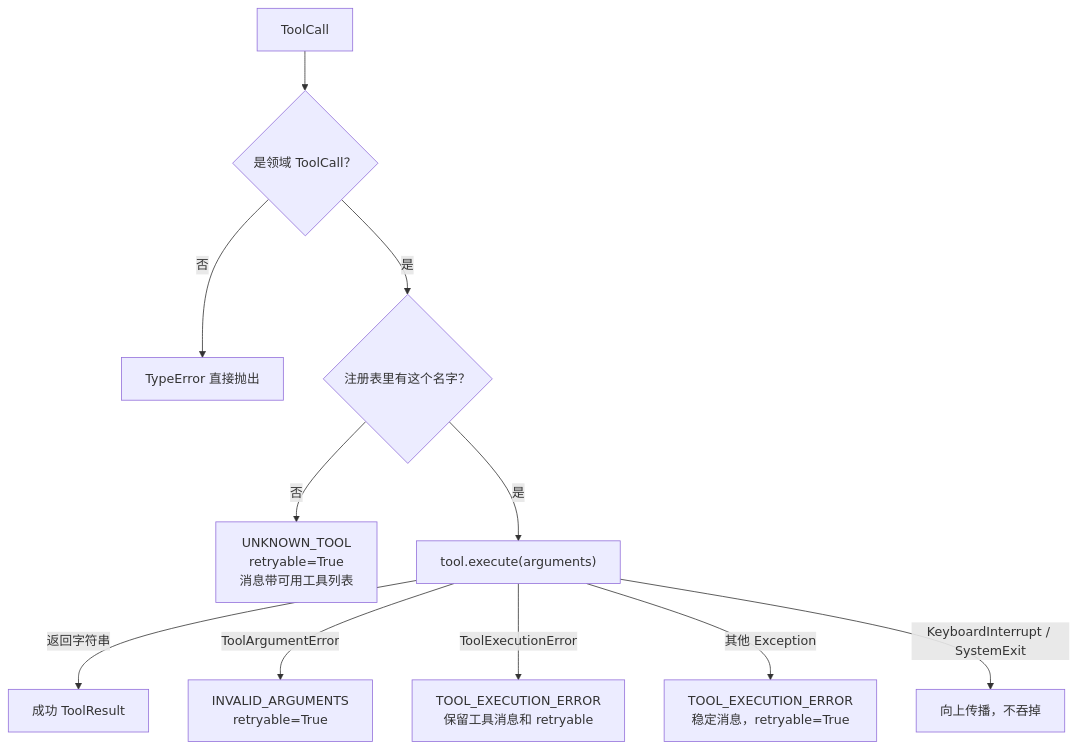
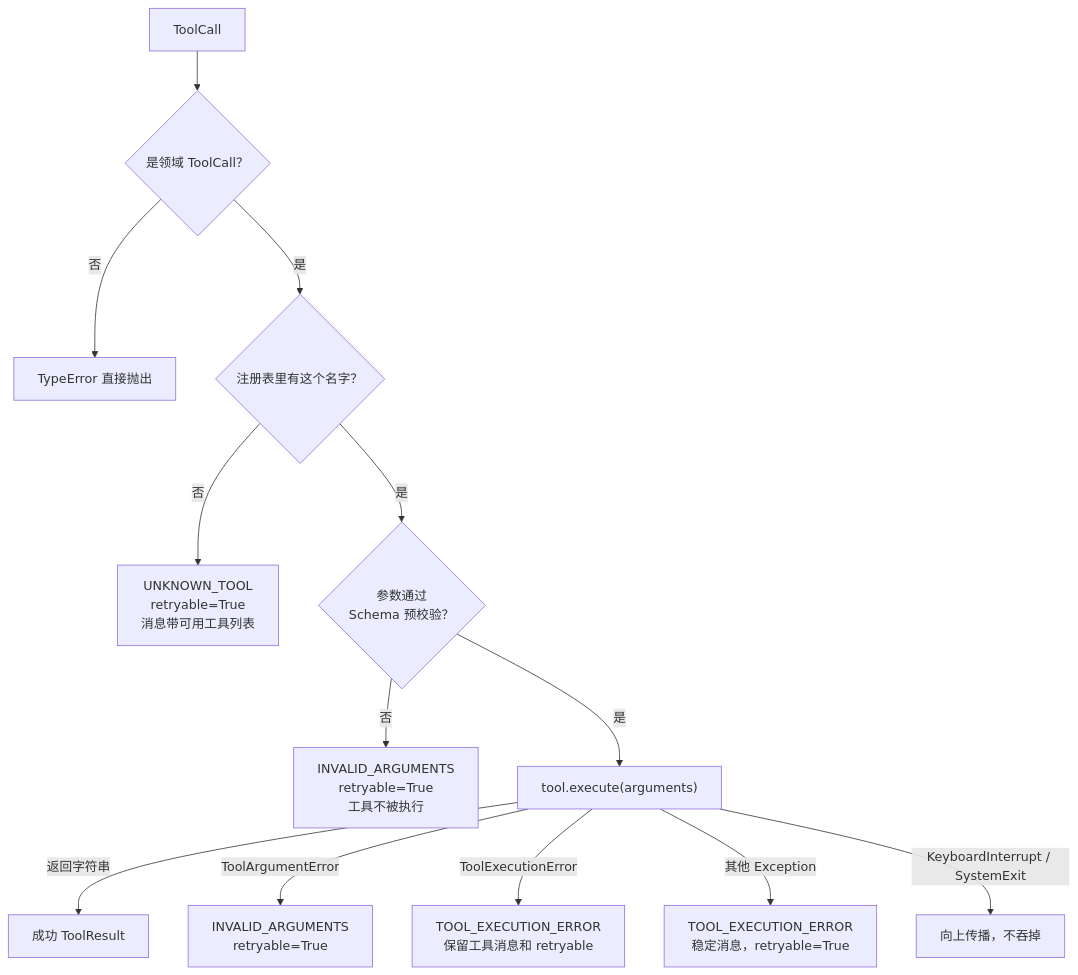
Before and after one commit to fufufu11/Self-ReAct: the second of 4 diagrams in docs/architecture/day-07-tool-registry-code-walkthrough.md, drawn with Mermaid. The commit also changed other lines of this file and 11 other files, not shown here.

Commit message:
feat: 工具 Schema 自动生成 + 注册表 Schema 预校验（R-03） (#52)

````diff
--- a/docs/architecture/day-07-tool-registry-code-walkthrough.md
+++ b/docs/architecture/day-07-tool-registry-code-walkthrough.md
@@ -291,13 +322,15 @@
 ```mermaid
 flowchart TD
     Input["ToolCall"] --> Gate{"是领域 ToolCall？"}
     Gate -- "否" --> TypeErr["TypeError 直接抛出"]
     Gate -- "是" --> Lookup{"注册表里有这个名字？"}
     Lookup -- "否" --> Unknown["UNKNOWN_TOOL<br/>retryable=True<br/>消息带可用工具列表"]
-    Lookup -- "是" --> Run["tool.execute(arguments)"]
+    Lookup -- "是" --> Schema{"参数通过<br/>Schema 预校验？"}
+    Schema -- "否" --> Args["INVALID_ARGUMENTS<br/>retryable=True<br/>工具不被执行"]
+    Schema -- "是" --> Run["tool.execute(arguments)"]
     Run -- "返回字符串" --> OK["成功 ToolResult"]
-    Run -- "ToolArgumentError" --> Args["INVALID_ARGUMENTS<br/>retryable=True"]
+    Run -- "ToolArgumentError" --> Args2["INVALID_ARGUMENTS<br/>retryable=True"]
     Run -- "ToolExecutionError" --> Exec["TOOL_EXECUTION_ERROR<br/>保留工具消息和 retryable"]
     Run -- "其他 Exception" --> Generic["TOOL_EXECUTION_ERROR<br/>稳定消息，retryable=True"]
     Run -- "KeyboardInterrupt / SystemExit" --> Up["向上传播，不吞掉"]
 ```
````
